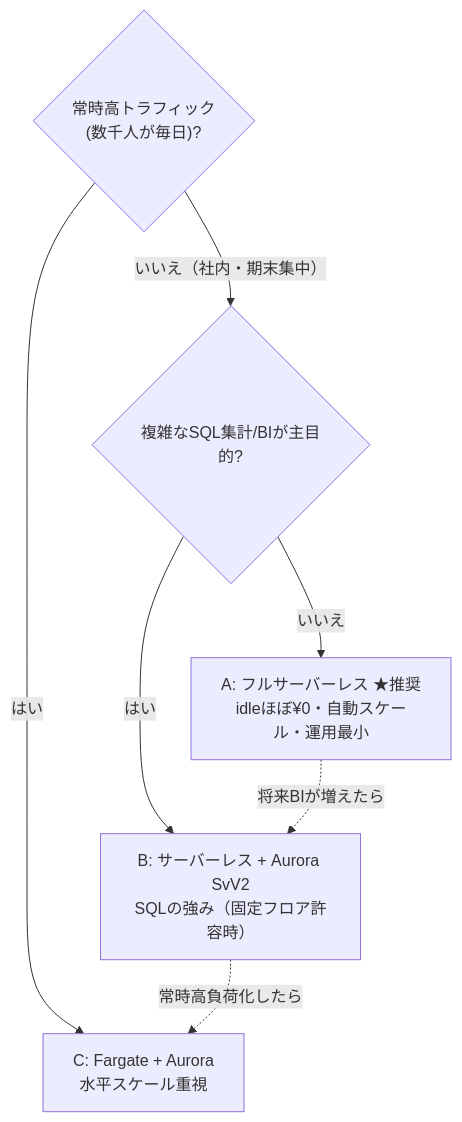
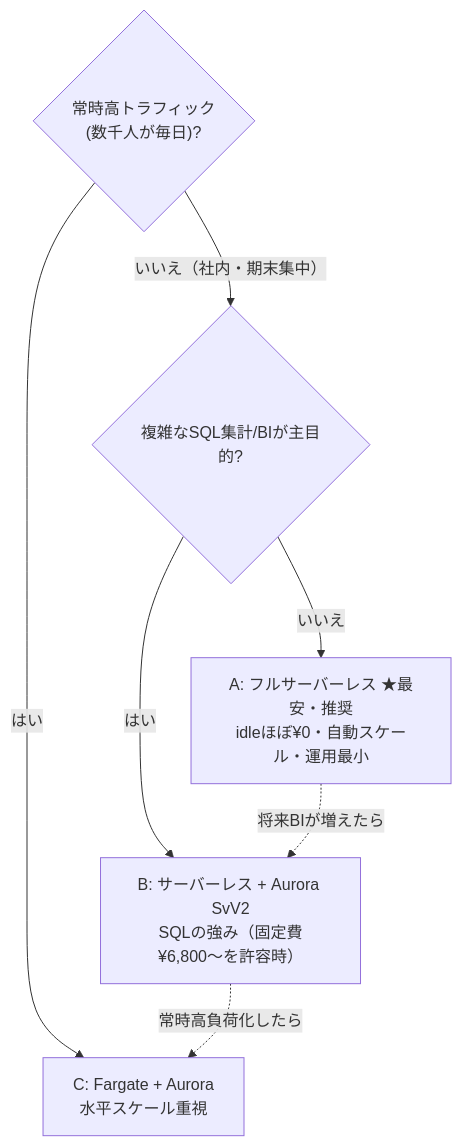
One commit to Taguchi-1989/evidence-system changed the diagram in docs/aws-architecture-comparison.md. Above: the diagram before and after it, drawn with Mermaid. The commit also changed other lines of this file, not shown here.

````diff
--- a/docs/aws-architecture-comparison.md
+++ b/docs/aws-architecture-comparison.md
@@ -75,10 +95,10 @@
 ```mermaid
 flowchart TD
   Q1{"常時高トラフィック<br/>(数千人が毎日)?"}
   Q1 -- "いいえ（社内・期末集中）" --> Q2{"複雑なSQL集計/BIが主目的?"}
   Q1 -- "はい" --> C["C: Fargate + Aurora<br/>水平スケール重視"]
-  Q2 -- "いいえ" --> A["A: フルサーバーレス ★推奨<br/>idleほぼ¥0・自動スケール・運用最小"]
-  Q2 -- "はい" --> B["B: サーバーレス + Aurora SvV2<br/>SQLの強み（固定フロア許容時）"]
+  Q2 -- "いいえ" --> A["A: フルサーバーレス ★最安・推奨<br/>idleほぼ¥0・自動スケール・運用最小"]
+  Q2 -- "はい" --> B["B: サーバーレス + Aurora SvV2<br/>SQLの強み（固定費¥6,800〜を許容時）"]
   A -.->|"将来BIが増えたら"| B
   B -.->|"常時高負荷化したら"| C
 ```
````
